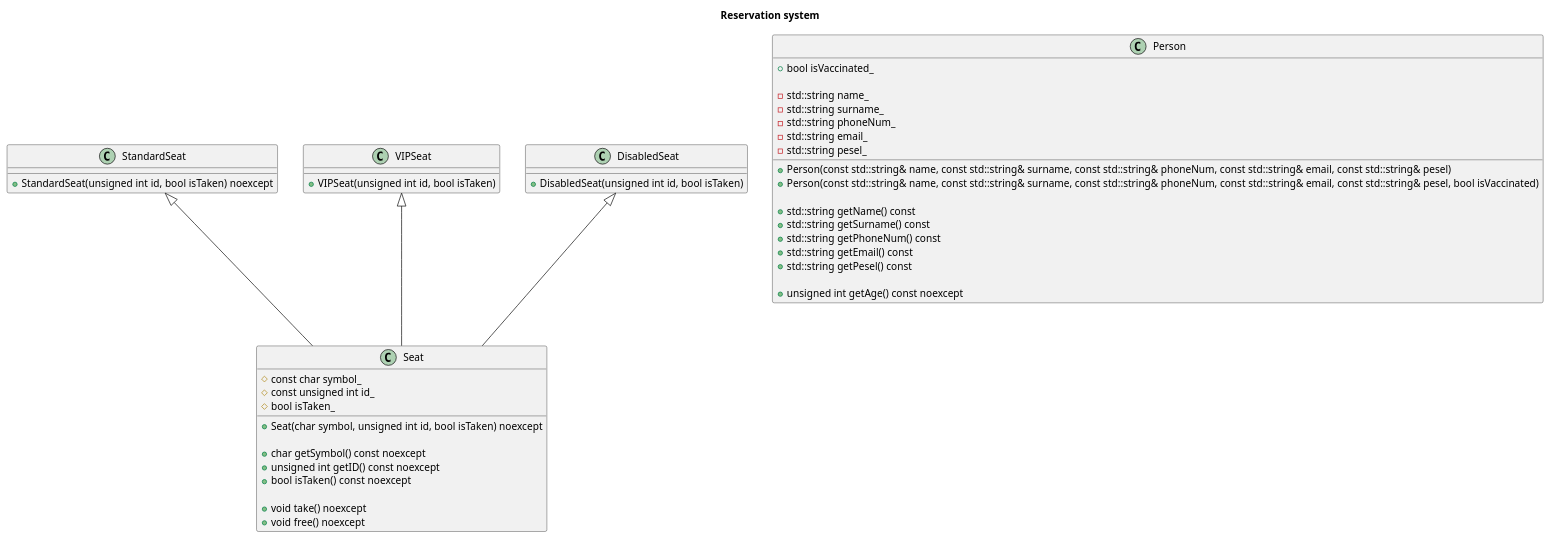
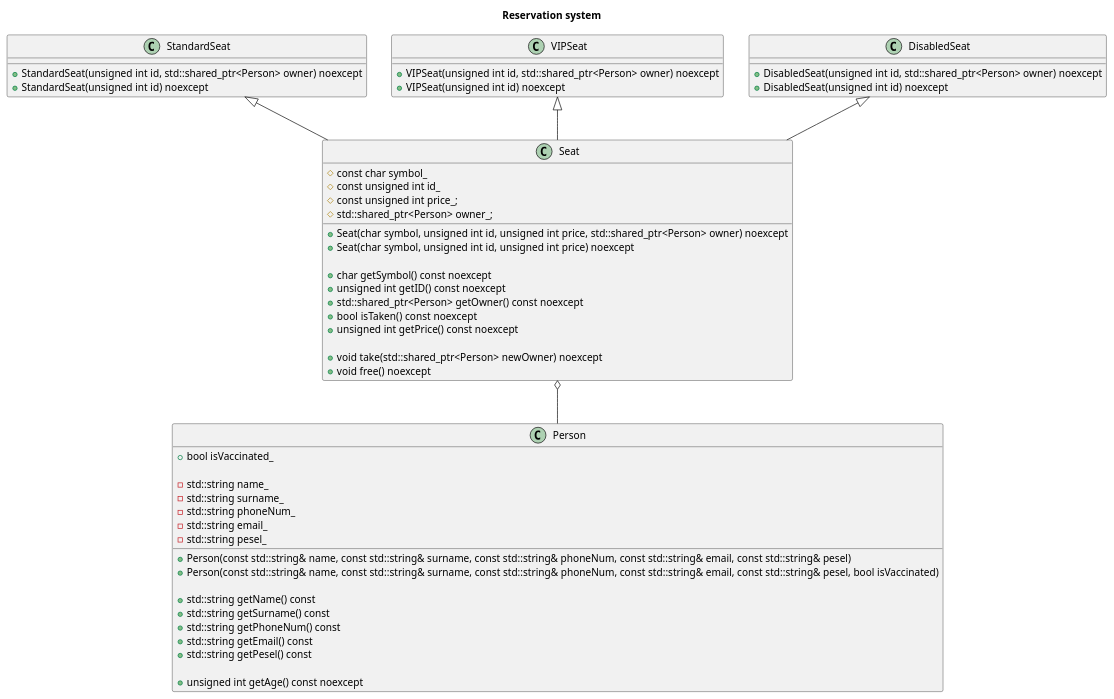
The diagram in reservation-system.plantuml (anraf1001/reservation-system), drawn with PlantUML before and after one commit. The commit also changed 1 other file, not shown here.

Commit message:
Update UML schematic

```diff
--- a/reservation-system.plantuml
+++ b/reservation-system.plantuml
@@ -1,59 +1,68 @@
 @startuml Reservation system
 
 title
 Reservation system
 end title
 
 class Seat {
-    +Seat(char symbol, unsigned int id, bool isTaken) noexcept
+    +Seat(char symbol, unsigned int id, unsigned int price, std::shared_ptr<Person> owner) noexcept
+    +Seat(char symbol, unsigned int id, unsigned int price) noexcept
 
     +char getSymbol() const noexcept
     +unsigned int getID() const noexcept
+    +std::shared_ptr<Person> getOwner() const noexcept
     +bool isTaken() const noexcept
+    +unsigned int getPrice() const noexcept
 
-    +void take() noexcept
+    +void take(std::shared_ptr<Person> newOwner) noexcept
     +void free() noexcept
 
     #const char symbol_
     #const unsigned int id_
-    #bool isTaken_
+    #const unsigned int price_;
+    #std::shared_ptr<Person> owner_;
 }
 
 class StandardSeat {
-    +StandardSeat(unsigned int id, bool isTaken) noexcept
+    +StandardSeat(unsigned int id, std::shared_ptr<Person> owner) noexcept
+    +StandardSeat(unsigned int id) noexcept
 }
 
 class VIPSeat {
-    +VIPSeat(unsigned int id, bool isTaken)
+    +VIPSeat(unsigned int id, std::shared_ptr<Person> owner) noexcept
+    +VIPSeat(unsigned int id) noexcept
 }
 
 class DisabledSeat {
-    +DisabledSeat(unsigned int id, bool isTaken)
+    +DisabledSeat(unsigned int id, std::shared_ptr<Person> owner) noexcept
+    +DisabledSeat(unsigned int id) noexcept
 }
 
 class Person {
     +Person(const std::string& name, const std::string& surname, const std::string& phoneNum, const std::string& email, const std::string& pesel)
     +Person(const std::string& name, const std::string& surname, const std::string& phoneNum, const std::string& email, const std::string& pesel, bool isVaccinated)
 
     +std::string getName() const
     +std::string getSurname() const
     +std::string getPhoneNum() const
     +std::string getEmail() const
     +std::string getPesel() const
 
     +unsigned int getAge() const noexcept
 
     +bool isVaccinated_
 
     -std::string name_
     -std::string surname_
     -std::string phoneNum_
     -std::string email_
     -std::string pesel_
 }
 
 StandardSeat <|-- Seat
 VIPSeat <|-- Seat
 DisabledSeat <|-- Seat
 
+Seat o-- Person
+
 @enduml
```
